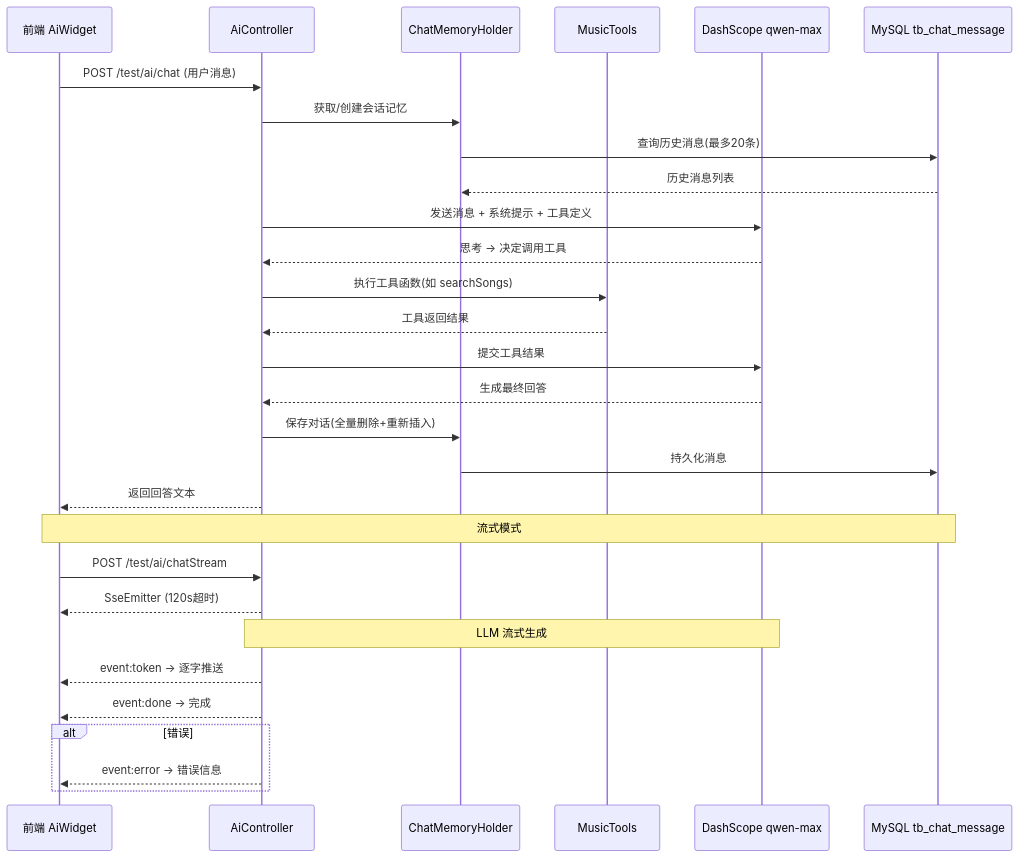
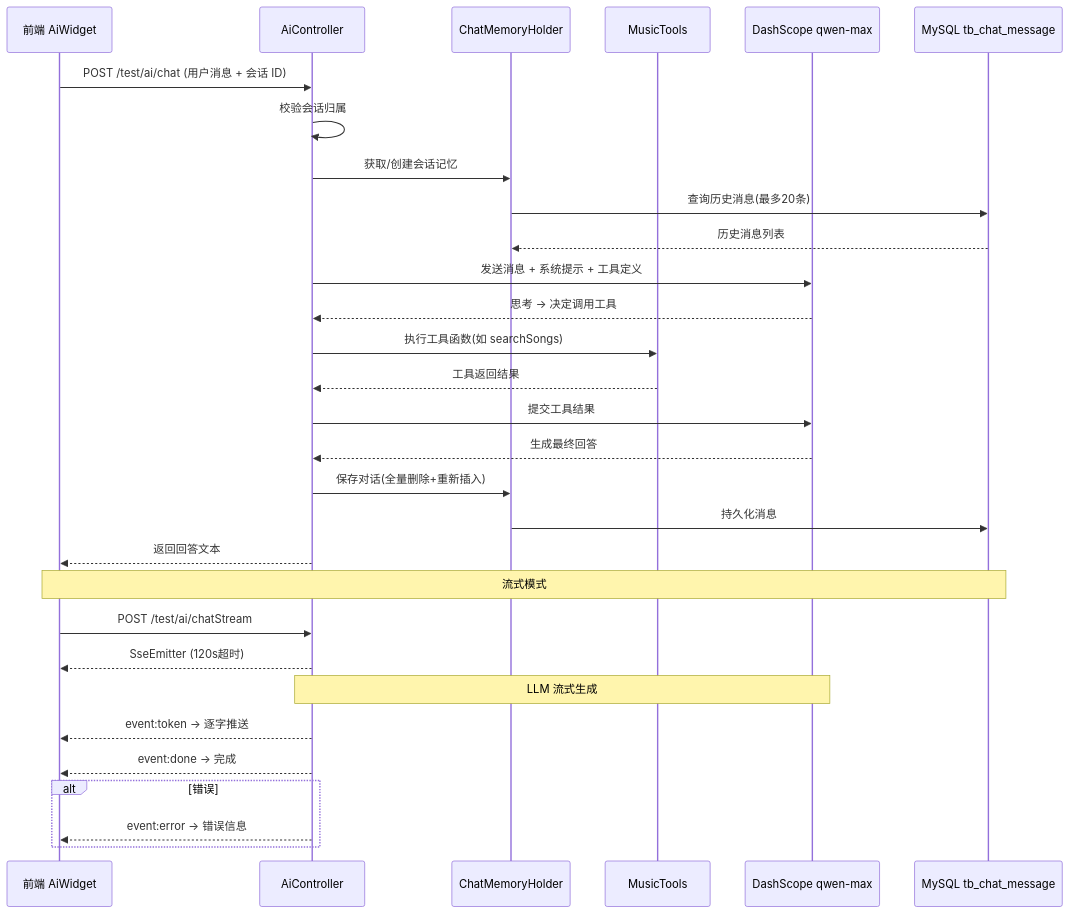
The third of 6 diagrams in README.md (jakehatelov333/music), drawn with Mermaid before and after one commit. The commit also changed other lines of this file, not shown here.

````diff
--- a/README.md
+++ b/README.md
@@ -126,33 +148,34 @@
 ```mermaid
 sequenceDiagram
     participant Frontend as 前端 AiWidget
     participant Backend as AiController
     participant Memory as ChatMemoryHolder
     participant Tools as MusicTools
     participant LLM as DashScope qwen-max
     participant DB as MySQL tb_chat_message
 
-    Frontend->>Backend: POST /test/ai/chat (用户消息)
+    Frontend->>Backend: POST /test/ai/chat (用户消息 + 会话 ID)
+    Backend->>Backend: 校验会话归属
     Backend->>Memory: 获取/创建会话记忆
     Memory->>DB: 查询历史消息(最多20条)
     DB-->>Memory: 历史消息列表
     Backend->>LLM: 发送消息 + 系统提示 + 工具定义
     LLM-->>Backend: 思考 → 决定调用工具
     Backend->>Tools: 执行工具函数(如 searchSongs)
     Tools-->>Backend: 工具返回结果
     Backend->>LLM: 提交工具结果
     LLM-->>Backend: 生成最终回答
     Backend->>Memory: 保存对话(全量删除+重新插入)
     Memory->>DB: 持久化消息
     Backend-->>Frontend: 返回回答文本
 
     Note over Frontend,DB: 流式模式
     Frontend->>Backend: POST /test/ai/chatStream
     Backend-->>Frontend: SseEmitter (120s超时)
     Note over Backend,LLM: LLM 流式生成
     Backend-->>Frontend: event:token → 逐字推送
     Backend-->>Frontend: event:done → 完成
     alt 错误
         Backend-->>Frontend: event:error → 错误信息
     end
 ```
````
